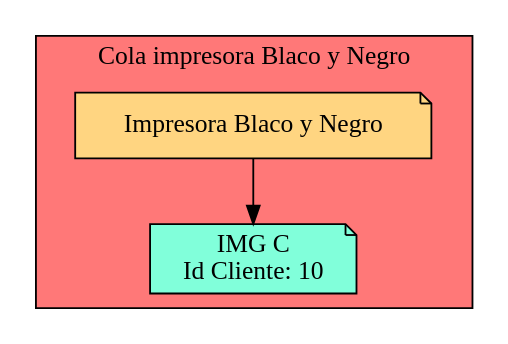
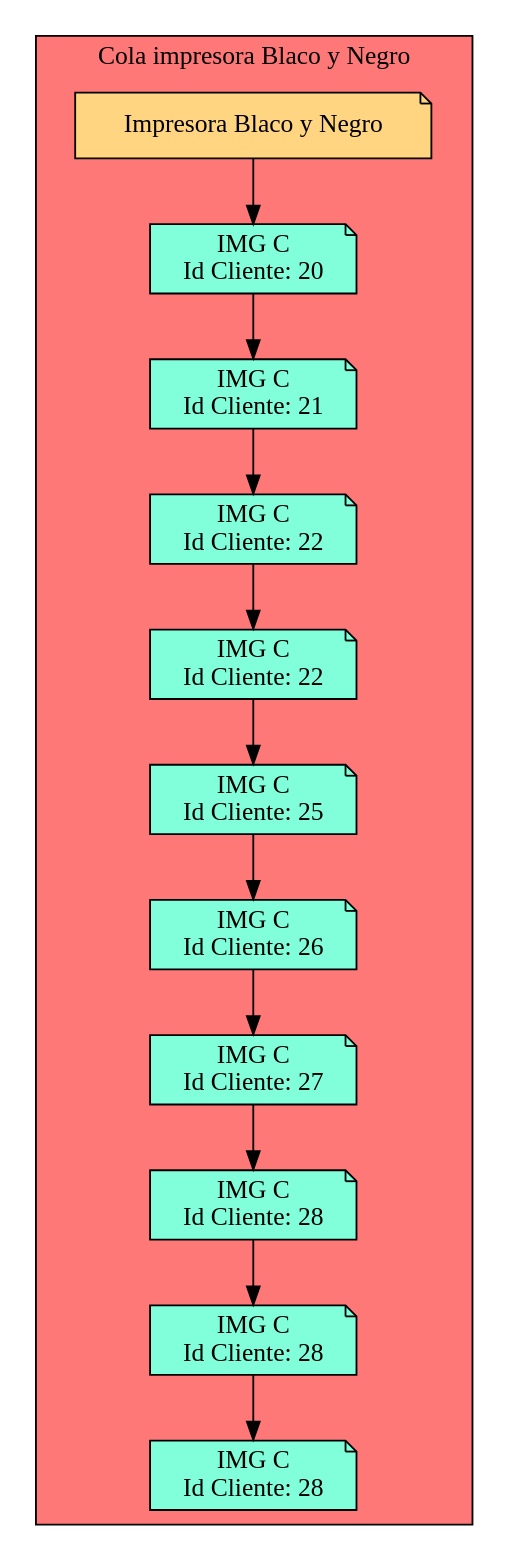
The diagram in Cola_Print_bw.dot (Serch-ING/EDD_UDRAWING_202000119), drawn with Graphviz before and after one commit. The commit also changed 17 other files, not shown here.

```diff
--- a/Cola_Print_bw.dot
+++ b/Cola_Print_bw.dot
@@ -1,9 +1,45 @@
 digraph L {
 node[shape=note fillcolor="#A181FF" style =filled]
 subgraph cluster_p{
     label= " Cola impresora Blaco y Negro "
  raiz[label = "Impresora Blaco y Negro" fillcolor="#FFD581" ]    bgcolor = "#FF7878"
-Nodo71399214[label="IMG C 
-Id Cliente: 10",fillcolor="#81FFDA"]
+Nodo320304382[label="IMG C 
+Id Cliente: 20",fillcolor="#81FFDA"]
+Nodo573673894[label="IMG C 
+Id Cliente: 21",fillcolor="#81FFDA"]
+Nodo1827725498[label="IMG C 
+Id Cliente: 22",fillcolor="#81FFDA"]
+Nodo131635550[label="IMG C 
+Id Cliente: 22",fillcolor="#81FFDA"]
+Nodo860481979[label="IMG C 
+Id Cliente: 25",fillcolor="#81FFDA"]
+Nodo825249556[label="IMG C 
+Id Cliente: 26",fillcolor="#81FFDA"]
+Nodo168907708[label="IMG C 
+Id Cliente: 27",fillcolor="#81FFDA"]
+Nodo873610597[label="IMG C 
+Id Cliente: 28",fillcolor="#81FFDA"]
+Nodo1497845528[label="IMG C 
+Id Cliente: 28",fillcolor="#81FFDA"]
+Nodo1710989308[label="IMG C 
+Id Cliente: 28",fillcolor="#81FFDA"]
 
-raiz->Nodo71399214}}
+raiz->Nodo320304382
+Nodo320304382 -> Nodo573673894
+
+Nodo573673894 -> Nodo1827725498
+
+Nodo1827725498 -> Nodo131635550
+
+Nodo131635550 -> Nodo860481979
+
+Nodo860481979 -> Nodo825249556
+
+Nodo825249556 -> Nodo168907708
+
+Nodo168907708 -> Nodo873610597
+
+Nodo873610597 -> Nodo1497845528
+
+Nodo1497845528 -> Nodo1710989308
+}}
```
